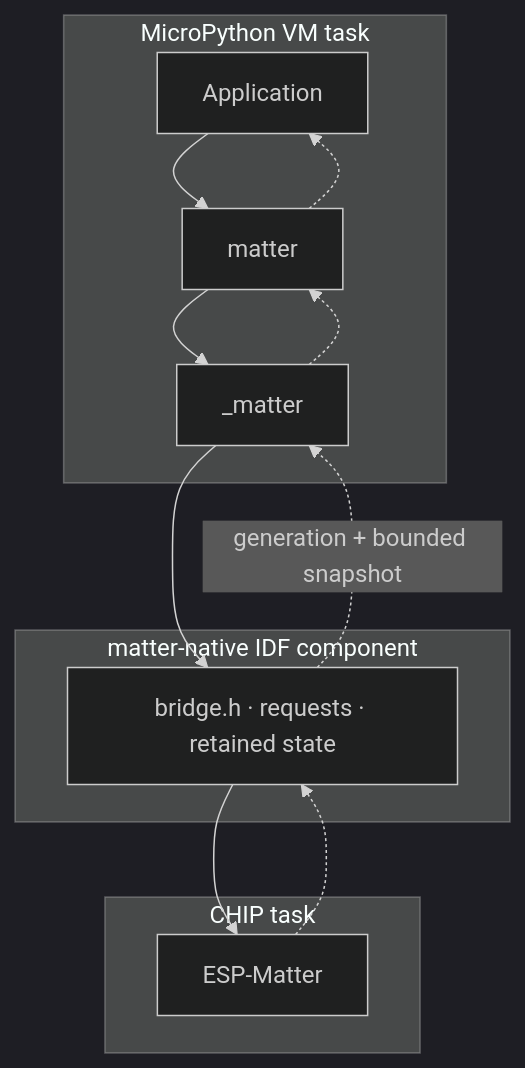
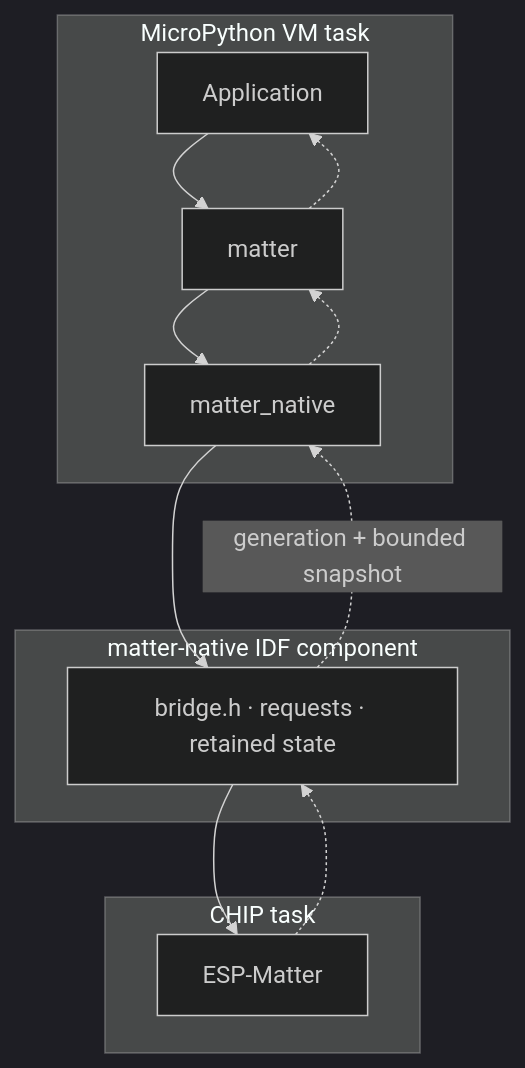
Before and after one commit to khlam/micropython-boardfarm: the first of 3 diagrams in firmware-packages/matter/README.md, drawn with Mermaid (dark theme). The commit also changed other lines of this file and 23 other files, not shown here.

Commit message:
matter_native primitive naming

````diff
--- a/firmware-packages/matter/README.md
+++ b/firmware-packages/matter/README.md
@@ -18,16 +18,16 @@
 ```mermaid
 flowchart TB
     subgraph vm["MicroPython VM task"]
-        app["Application"] --> package["matter"] --> module["_matter"]
+        app["Application"] --> package["matter"] --> module["matter_native"]
     end
     subgraph native["matter-native IDF component"]
         bridge["bridge.h · requests · retained state"]
     end
     subgraph chip["CHIP task"]
         stack["ESP-Matter"]
     end
     module --> bridge --> stack
     stack -.-> bridge
     bridge -.->|"generation + bounded snapshot"| module
     module -.-> package -.-> app
 ```
````
